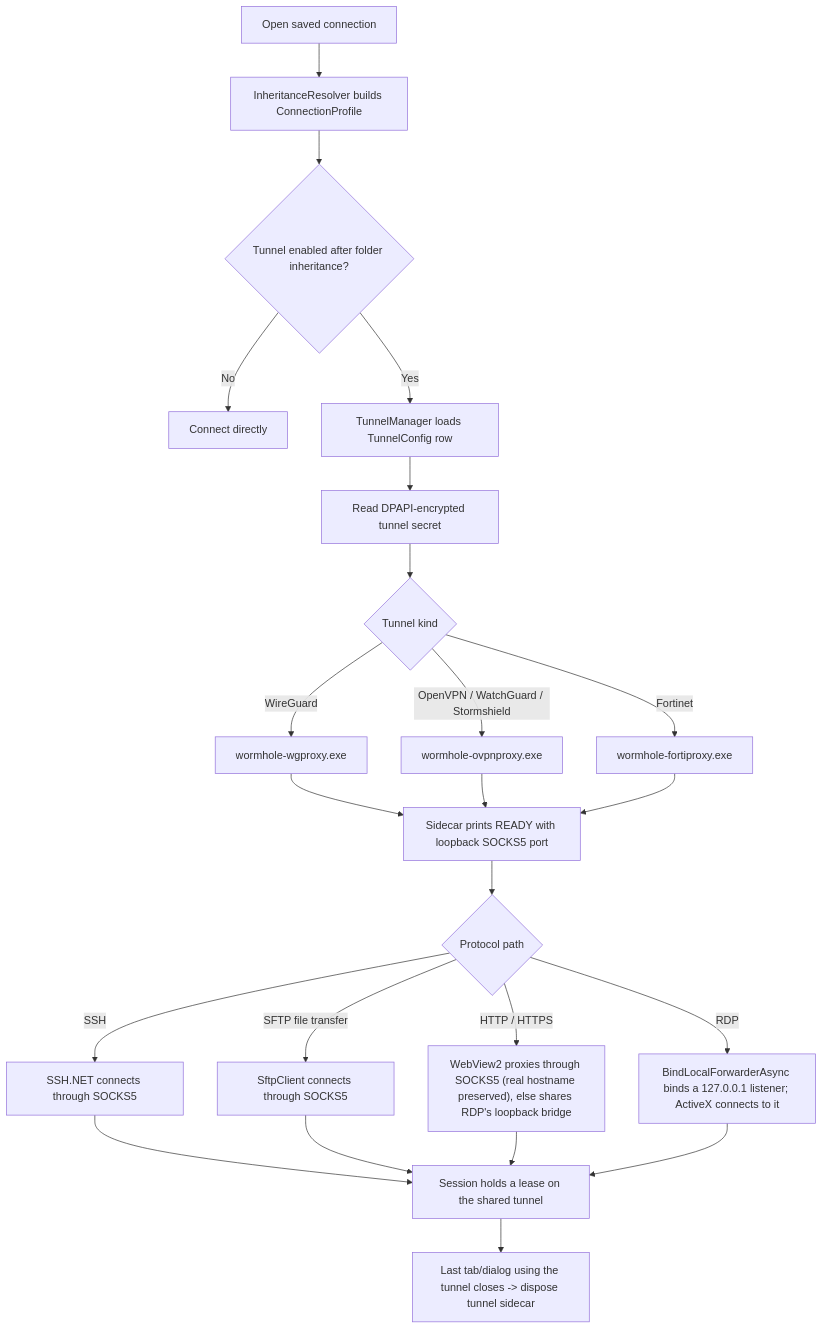
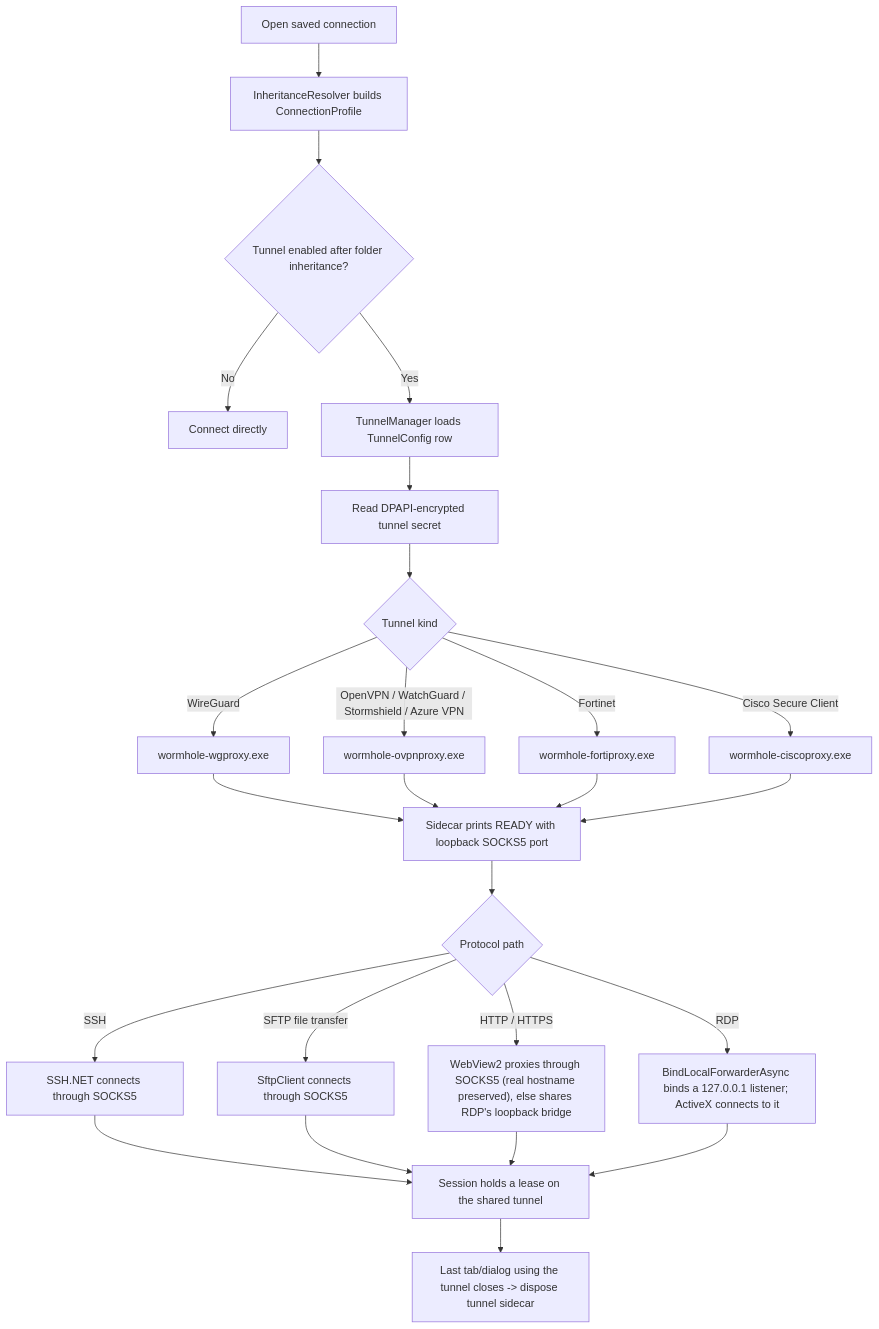
Before and after one commit to xBounceIT/wormhole: the diagram in README.md, drawn with Mermaid. The commit also changed other lines of this file and 29 other files, not shown here.

````diff
--- a/README.md
+++ b/README.md
@@ -111,25 +122,27 @@
 ```mermaid
 flowchart TD
     A["Open saved connection"] --> B["InheritanceResolver builds ConnectionProfile"]
     B --> C{"Tunnel enabled after folder inheritance?"}
     C -- "No" --> D["Connect directly"]
     C -- "Yes" --> E["TunnelManager loads TunnelConfig row"]
     E --> F["Read DPAPI-encrypted tunnel secret"]
     F --> G{"Tunnel kind"}
     G -- "WireGuard" --> H["wormhole-wgproxy.exe"]
-    G -- "OpenVPN / WatchGuard / Stormshield" --> I["wormhole-ovpnproxy.exe"]
+    G -- "OpenVPN / WatchGuard / Stormshield / Azure VPN" --> I["wormhole-ovpnproxy.exe"]
     G -- "Fortinet" --> J["wormhole-fortiproxy.exe"]
+    G -- "Cisco Secure Client" --> CA["wormhole-ciscoproxy.exe"]
     H --> K["Sidecar prints READY with loopback SOCKS5 port"]
     I --> K
     J --> K
+    CA --> K
     K --> L{"Protocol path"}
     L -- "SSH" --> M["SSH.NET connects through SOCKS5"]
     L -- "SFTP file transfer" --> N["SftpClient connects through SOCKS5"]
     L -- "HTTP / HTTPS" --> R["WebView2 proxies through SOCKS5 (real hostname preserved), else shares RDP's loopback bridge"]
     L -- "RDP" --> O["BindLocalForwarderAsync binds a 127.0.0.1 listener; ActiveX connects to it"]
     M --> P["Session holds a lease on the shared tunnel"]
     N --> P
     R --> P
     O --> P
     P --> Q["Last tab/dialog using the tunnel closes -> dispose tunnel sidecar"]
 ```
````
